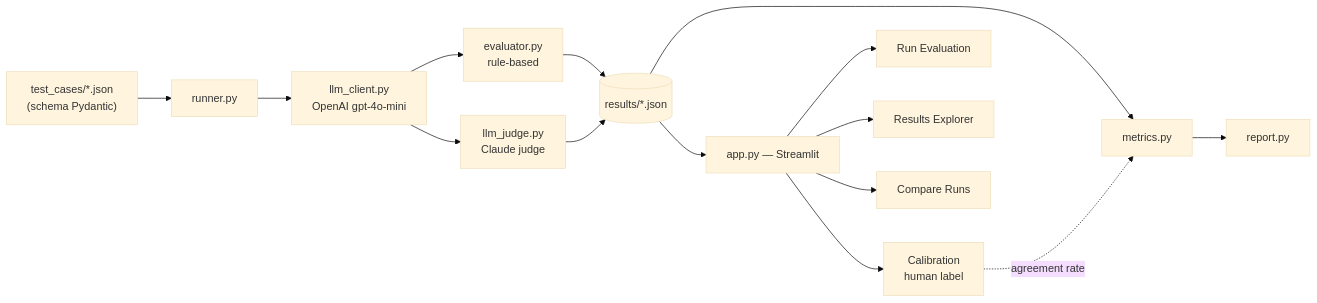
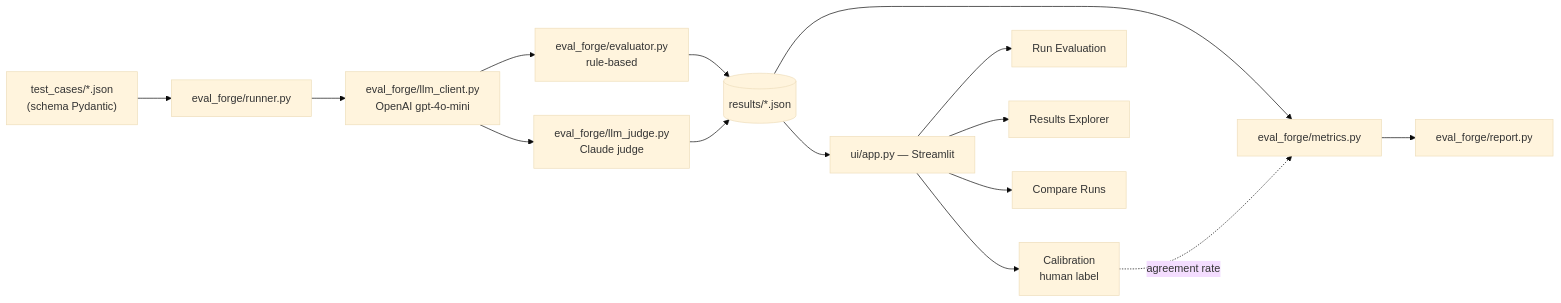
The diagram in README.md (toilatrung/eval_forge), drawn with Mermaid (base theme) before and after one commit. The commit also changed other lines of this file and 16 other files, not shown here.

First line of the commit message:
Reorganize source layout: src/eval_forge package + ui/ folder

````diff
--- a/README.md
+++ b/README.md
@@ -25,17 +25,17 @@
 ```mermaid
 flowchart LR
-    TC["test_cases/*.json<br/>(schema Pydantic)"] --> R[runner.py]
-    R --> LC[llm_client.py<br/>OpenAI gpt-4o-mini]
-    LC --> EV[evaluator.py<br/>rule-based]
-    LC --> LJ[llm_judge.py<br/>Claude judge]
+    TC["test_cases/*.json<br/>(schema Pydantic)"] --> R[eval_forge/runner.py]
+    R --> LC[eval_forge/llm_client.py<br/>OpenAI gpt-4o-mini]
+    LC --> EV[eval_forge/evaluator.py<br/>rule-based]
+    LC --> LJ[eval_forge/llm_judge.py<br/>Claude judge]
     EV --> RES[(results/*.json)]
     LJ --> RES
-    RES --> M[metrics.py]
-    M --> RPT[report.py]
-    RES --> APP[app.py — Streamlit]
+    RES --> M[eval_forge/metrics.py]
+    M --> RPT[eval_forge/report.py]
+    RES --> APP[ui/app.py — Streamlit]
     APP --> P1[Run Evaluation]
     APP --> P2[Results Explorer]
     APP --> P3[Compare Runs]
     APP --> P4[Calibration<br/>human label]
     P4 -.agreement rate.-> M
 ```
````
